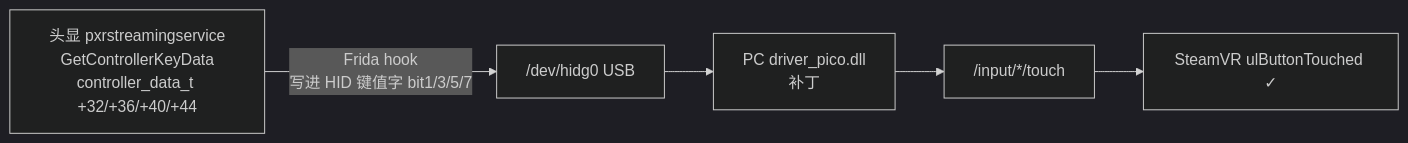
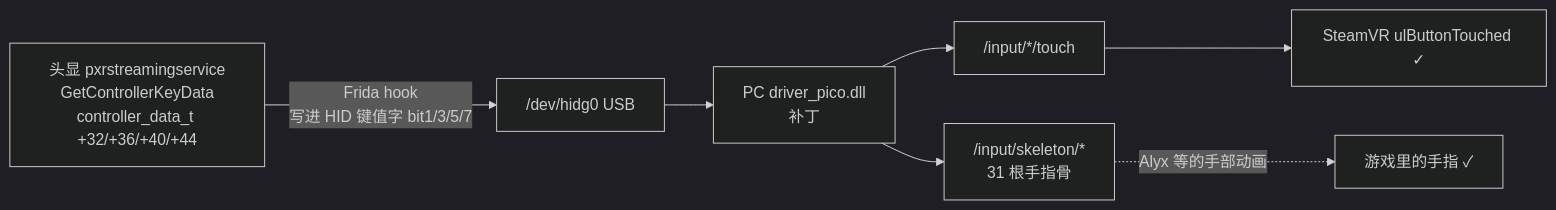
Before and after one commit to lgc2333/pico3-dp-touch-patch: the diagram in README.md, drawn with Mermaid (dark theme). The commit also changed other lines of this file and 3 other files, not shown here.

````diff
--- a/README.md
+++ b/README.md
@@ -97,7 +98,9 @@
 ```mermaid
 flowchart LR
     A["头显 pxrstreamingservice<br/>GetControllerKeyData<br/>controller_data_t +32/+36/+40/+44"] -->|Frida hook<br/>写进 HID 键值字 bit1/3/5/7| B["/dev/hidg0 USB"]
     B --> C["PC driver_pico.dll<br/>补丁"]
     C --> D["/input/*/touch"]
+    C --> F["/input/skeleton/*<br/>31 根手指骨"]
     D --> E["SteamVR ulButtonTouched ✓"]
+    F -.->|Alyx 等的手部动画| G["游戏里的手指 ✓"]
 ```
````
